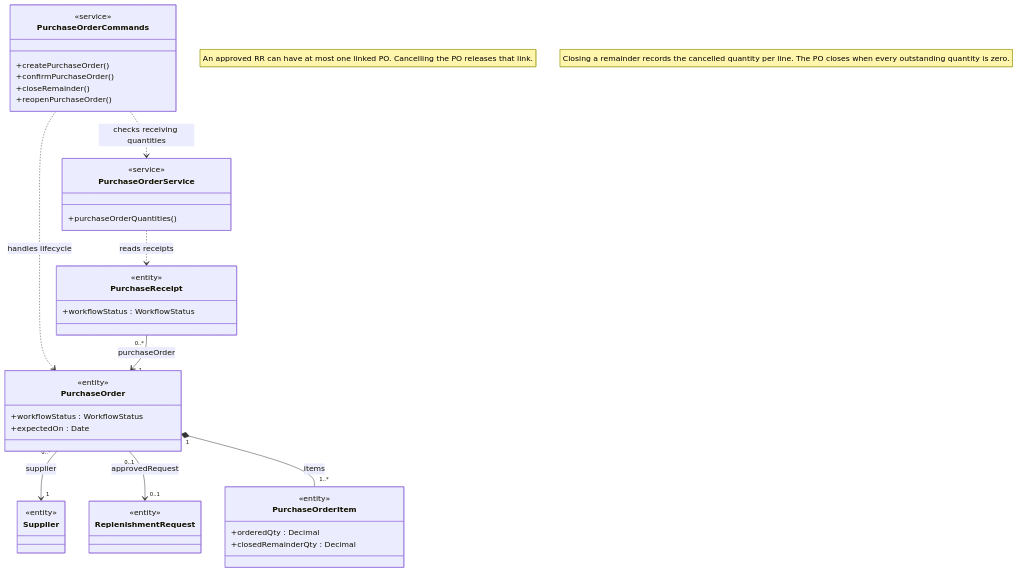
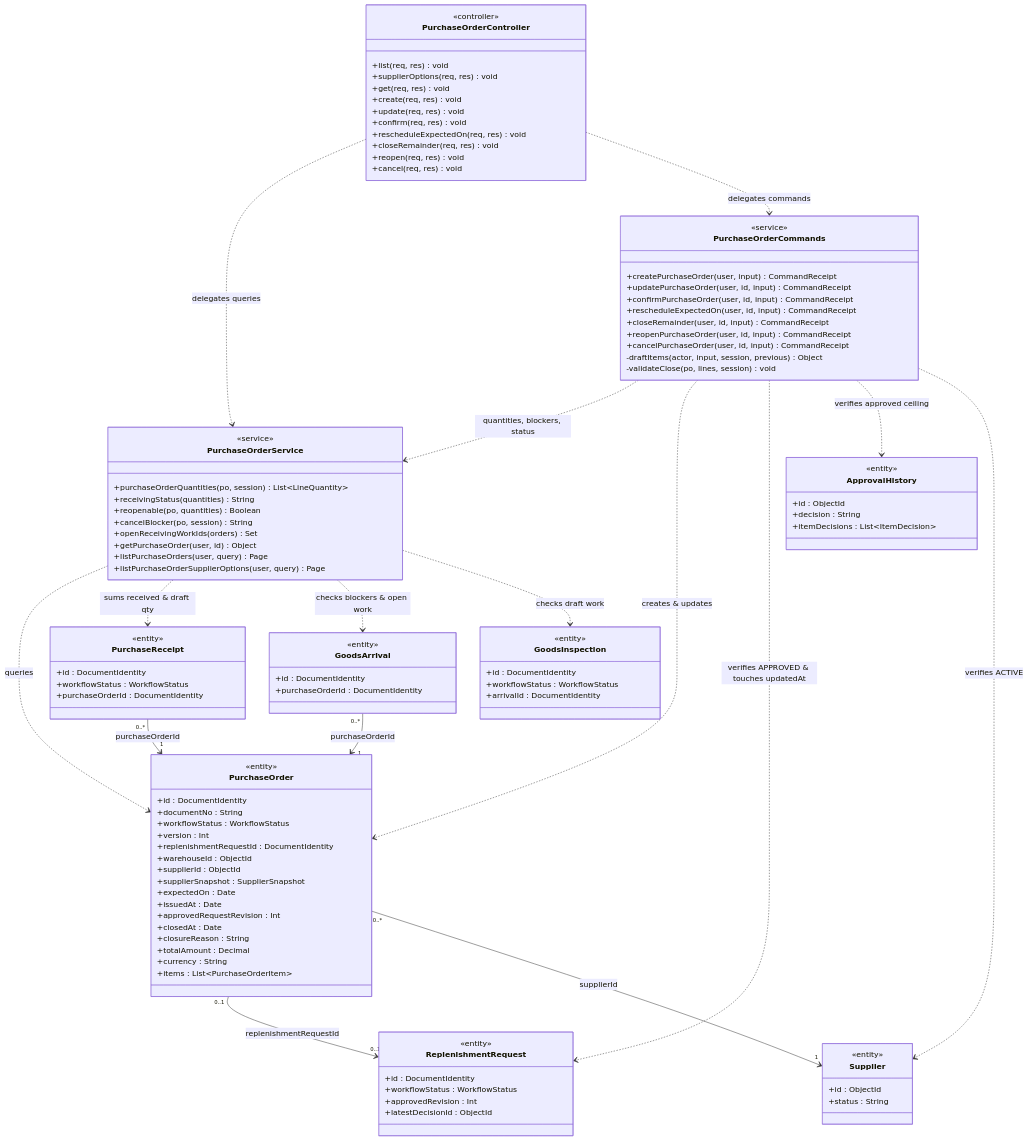
Before and after one commit to bupbalabup/wmsd_be: the ninth of 46 diagrams in git_doc/docs/01_bao_cao/WMSD_Report4_Draft.md, drawn with Mermaid. The commit also changed other lines of this file and 32 other files, not shown here.

First line of the commit message:
Refactor purchase order handling and evidence attachment

````diff
--- a/git_doc/docs/01_bao_cao/WMSD_Report4_Draft.md
+++ b/git_doc/docs/01_bao_cao/WMSD_Report4_Draft.md
@@ -650,44 +739,108 @@
 ```mermaid
 classDiagram
-  direction TB
+  class PurchaseOrderController {
+    <<controller>>
+    +list(req, res) void
+    +supplierOptions(req, res) void
+    +get(req, res) void
+    +create(req, res) void
+    +update(req, res) void
+    +confirm(req, res) void
+    +rescheduleExpectedOn(req, res) void
+    +closeRemainder(req, res) void
+    +reopen(req, res) void
+    +cancel(req, res) void
+  }
   class PurchaseOrderCommands {
     <<service>>
-    +createPurchaseOrder()
-    +confirmPurchaseOrder()
-    +closeRemainder()
-    +reopenPurchaseOrder()
+    +createPurchaseOrder(user, input) CommandReceipt
+    +updatePurchaseOrder(user, id, input) CommandReceipt
+    +confirmPurchaseOrder(user, id, input) CommandReceipt
+    +rescheduleExpectedOn(user, id, input) CommandReceipt
+    +closeRemainder(user, id, input) CommandReceipt
+    +reopenPurchaseOrder(user, id, input) CommandReceipt
+    +cancelPurchaseOrder(user, id, input) CommandReceipt
+    -draftItems(actor, input, session, previous) Object
+    -validateClose(po, lines, session) void
   }
   class PurchaseOrderService {
     <<service>>
-    +purchaseOrderQuantities()
+    +purchaseOrderQuantities(po, session) List~LineQuantity~
+    +receivingStatus(quantities) String
+    +reopenable(po, quantities) Boolean
+    +cancelBlocker(po, session) String
+    +openReceivingWorkIds(orders) Set
+    +getPurchaseOrder(user, id) Object
+    +listPurchaseOrders(user, query) Page
+    +listPurchaseOrderSupplierOptions(user, query) Page
+  }
+  class PurchaseOrder {
+    <<entity>>
+    +id : DocumentIdentity
+    +documentNo : String
+    +workflowStatus : WorkflowStatus
+    +version : Int
+    +replenishmentRequestId : DocumentIdentity
+    +warehouseId : ObjectId
+    +supplierId : ObjectId
+    +supplierSnapshot : SupplierSnapshot
+    +expectedOn : Date
+    +issuedAt : Date
+    +approvedRequestRevision : Int
+    +closedAt : Date
+    +closureReason : String
+    +totalAmount : Decimal
+    +currency : String
+    +items : List~PurchaseOrderItem~
+  }
+  class ReplenishmentRequest {
+    <<entity>>
+    +id : DocumentIdentity
+    +workflowStatus : WorkflowStatus
+    +approvedRevision : Int
+    +latestDecisionId : ObjectId
+  }
+  class ApprovalHistory {
+    <<entity>>
+    +id : ObjectId
+    +decision : String
+    +itemDecisions : List~ItemDecision~
   }
   class Supplier {
     <<entity>>
-  }
-  class PurchaseOrder {
-    <<entity>>
-    +workflowStatus : WorkflowStatus
-    +expectedOn : Date
-  }
-  class ReplenishmentRequest {
-    <<entity>>
-  }
-  class PurchaseOrderItem {
-    <<entity>>
-    +orderedQty : Decimal
-    +closedRemainderQty : Decimal
+    +id : ObjectId
+    +status : String
   }
   class PurchaseReceipt {
     <<entity>>
+    +id : DocumentIdentity
     +workflowStatus : WorkflowStatus
+    +purchaseOrderId : DocumentIdentity
   }
-  PurchaseOrderCommands ..> PurchaseOrderService : checks receiving quantities
-  PurchaseOrderCommands ..> PurchaseOrder : handles lifecycle
-  PurchaseOrderService ..> PurchaseReceipt : reads receipts
-  PurchaseOrder "0..*" --> "1" Supplier : supplier
-  PurchaseOrder "0..1" --> "0..1" ReplenishmentRequest : approvedRequest
-  PurchaseOrder "1" *-- "1..*" PurchaseOrderItem : items
-  PurchaseReceipt "0..*" --> "1" PurchaseOrder : purchaseOrder
-  note "An approved RR can have at most one linked PO. Cancelling the PO releases that link."
-  note "Closing a remainder records the cancelled quantity per line. The PO closes when every outstanding quantity is zero."
+  class GoodsArrival {
+    <<entity>>
+    +id : DocumentIdentity
+    +purchaseOrderId : DocumentIdentity
+  }
+  class GoodsInspection {
+    <<entity>>
+    +id : DocumentIdentity
+    +workflowStatus : WorkflowStatus
+    +arrivalId : DocumentIdentity
+  }
+  PurchaseOrderController ..> PurchaseOrderService : delegates queries
+  PurchaseOrderController ..> PurchaseOrderCommands : delegates commands
+  PurchaseOrderCommands ..> PurchaseOrderService : quantities, blockers, status
+  PurchaseOrderCommands ..> PurchaseOrder : creates & updates
+  PurchaseOrderCommands ..> ReplenishmentRequest : verifies APPROVED & touches updatedAt
+  PurchaseOrderCommands ..> ApprovalHistory : verifies approved ceiling
+  PurchaseOrderCommands ..> Supplier : verifies ACTIVE
+  PurchaseOrderService ..> PurchaseOrder : queries
+  PurchaseOrderService ..> PurchaseReceipt : sums received & draft qty
+  PurchaseOrderService ..> GoodsArrival : checks blockers & open work
+  PurchaseOrderService ..> GoodsInspection : checks draft work
+  PurchaseOrder "0..1" --> "0..1" ReplenishmentRequest : replenishmentRequestId
+  PurchaseOrder "0..*" --> "1" Supplier : supplierId
+  PurchaseReceipt "0..*" --> "1" PurchaseOrder : purchaseOrderId
+  GoodsArrival "0..*" --> "1" PurchaseOrder : purchaseOrderId
 ```
````
